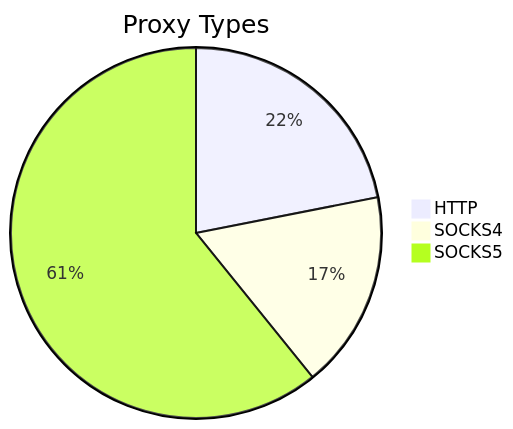
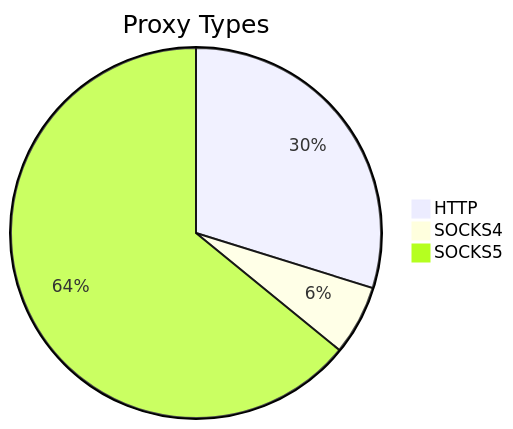
The first of 2 diagrams in README.md (stormsia/proxy-list), drawn with Mermaid before and after one commit. The commit also changed other lines of this file, not shown here.

````diff
--- a/README.md
+++ b/README.md
@@ -21,6 +21,6 @@
 ```mermaid
 pie title Proxy Types
-    "HTTP" : 85
-    "SOCKS4" : 67
-    "SOCKS5" : 236
+    "HTTP" : 93
+    "SOCKS4" : 19
+    "SOCKS5" : 200
 ```
````
